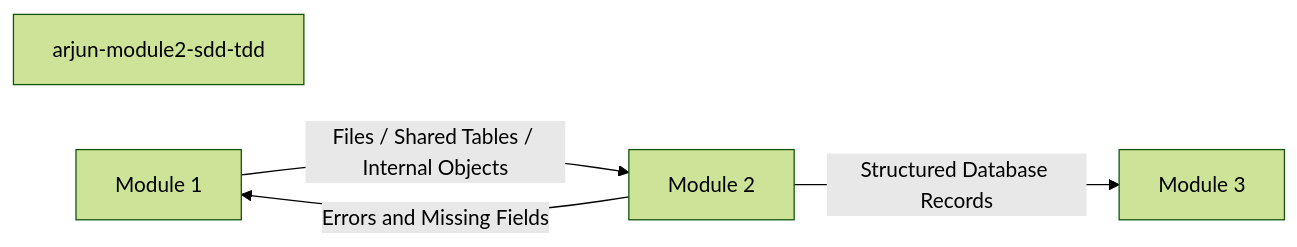
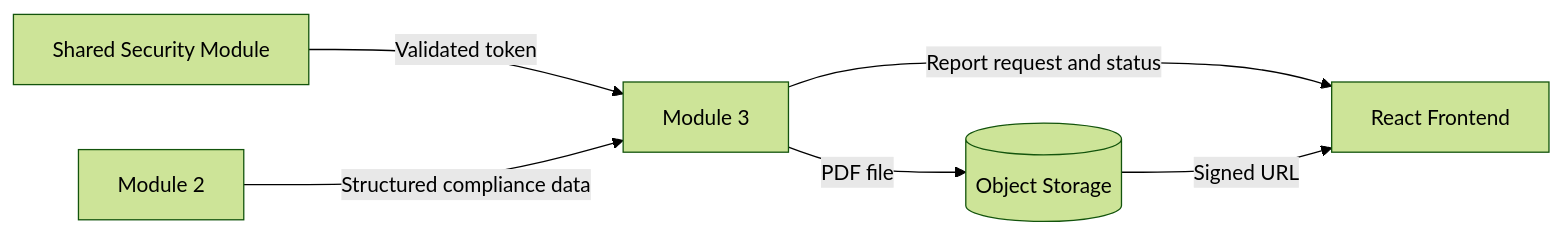
One commit to Aseries-Group/MACE changed diagram 17 of 21 in README.md. Above: the diagram before and after it, drawn with Mermaid (forest theme). The commit also changed other lines of this file, not shown here.

First line of the commit message:
clean up and organize module documentation

````diff
--- a/README.md
+++ b/README.md
@@ -445,7 +2611,8 @@
 ```mermaid
 flowchart LR
-arjun-module2-sdd-tdd
-    M1[Module 1] -->|Files / Shared Tables / Internal Objects| M2[Module 2]
-    M2 -->|Errors and Missing Fields| M1
-    M2 -->|Structured Database Records| M3[Module 3]
+    SEC[Shared Security Module] -->|Validated token| M3[Module 3]
+    M2[Module 2] -->|Structured compliance data| M3
+    M3 -->|Report request and status| FE[React Frontend]
+    M3 -->|PDF file| ST[(Object Storage)]
+    ST -->|Signed URL| FE
 ```
````
